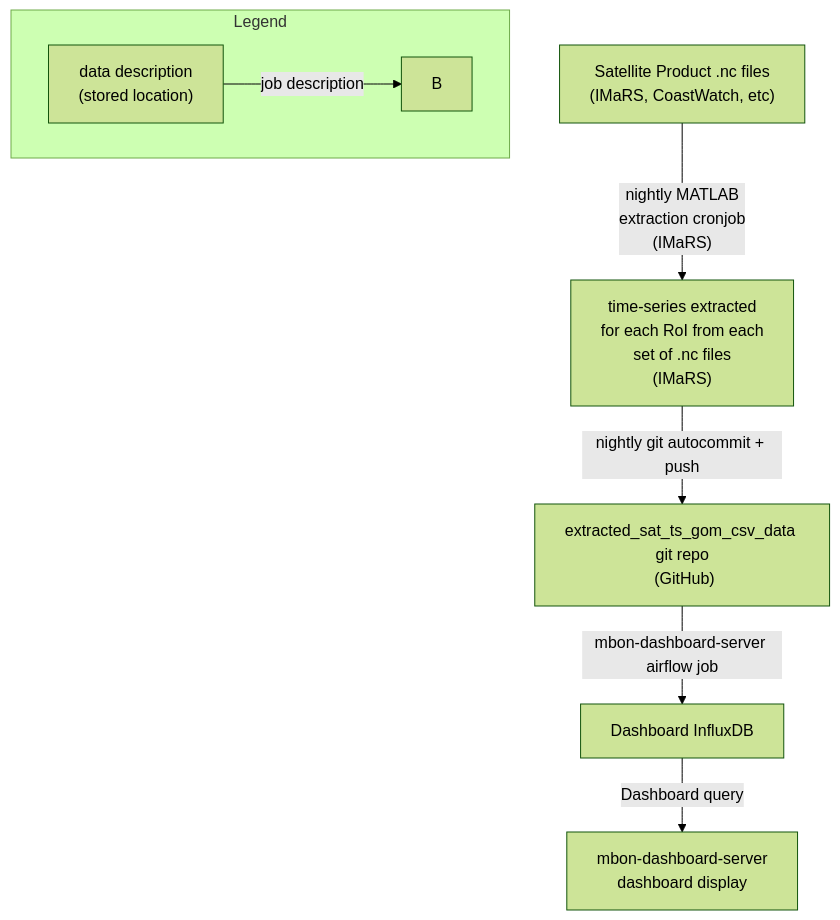
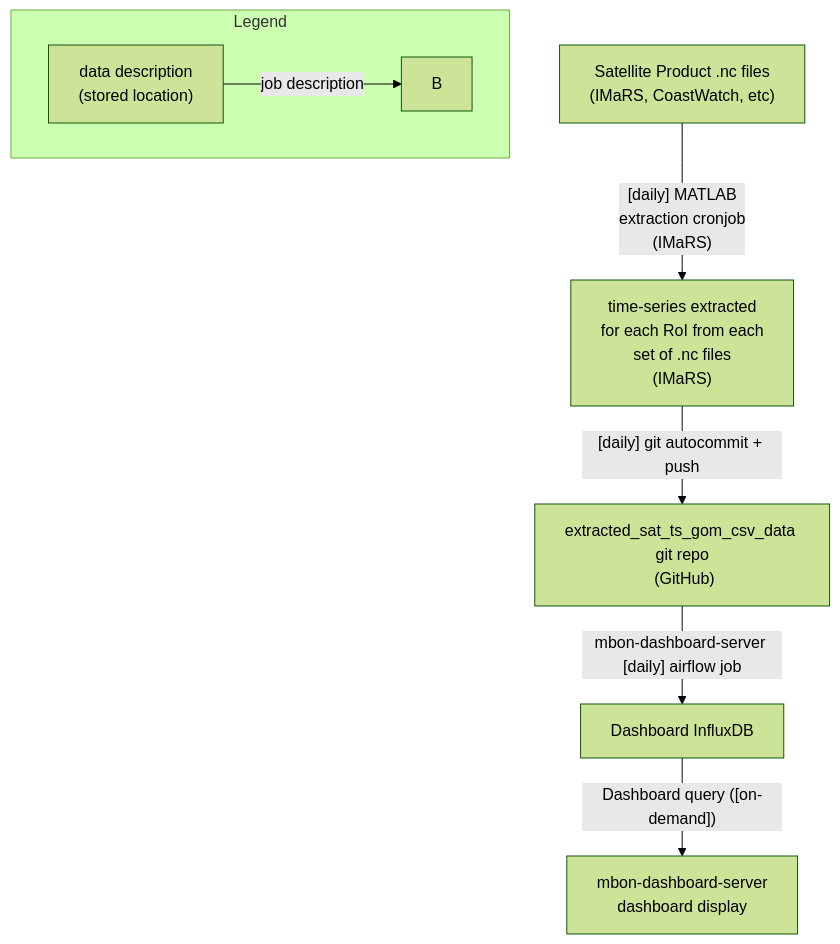
Before and after one commit to 7yl4r/extracted_sat_ts_gom_csv_data: the diagram in README.md, drawn with Mermaid (forest theme).

Commit message:
+ timing info

````diff
--- a/README.md
+++ b/README.md
@@ -14,24 +14,24 @@
 ```mermaid
 graph TD
 
 sat_products["Satellite Product .nc files \n (IMaRS, CoastWatch, etc)"]
 imars_csv["time-series extracted \n for each RoI from each \n set of .nc files \n (IMaRS)"];
 github_csv["extracted_sat_ts_gom_csv_data \n git repo \n (GitHub)"]
 influx["Dashboard InfluxDB"]
 grafana["mbon-dashboard-server \n dashboard display"]
 
 sat_products 
-  -- "nightly MATLAB \n extraction cronjob \n(IMaRS)" --> 
+  -- "[daily] MATLAB \n extraction cronjob \n(IMaRS)" --> 
 imars_csv
-  -- "nightly git autocommit + push" -->
+  -- "[daily] git autocommit + push" -->
 github_csv
-  -- "mbon-dashboard-server airflow job" -->
+  -- "mbon-dashboard-server [daily] airflow job" -->
 influx
-  -- "Dashboard query" -->
+  -- "Dashboard query ([on-demand])" -->
 grafana
 
 subgraph Legend
     example["data description \n (stored location)"] -- "job description" --> B
 end
 
 ```
````
